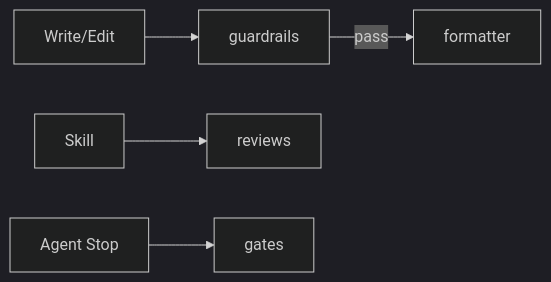
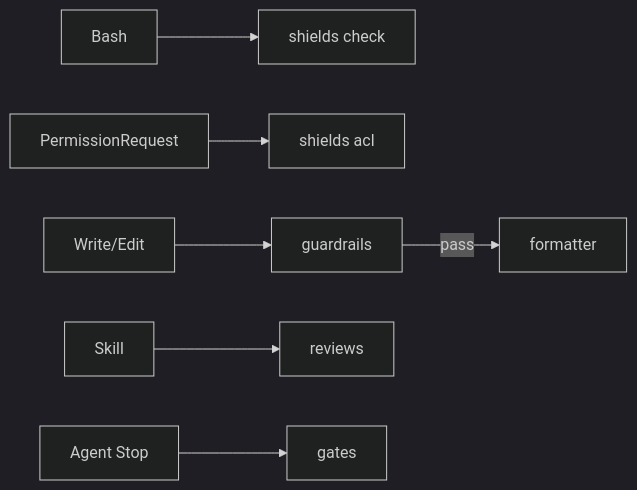
One commit to thkt/dotclaude changed the second of 3 diagrams in .ja/docs/HOOKS.md. Above: the diagram before and after it, drawn with Mermaid (dark theme). The commit also changed other lines of this file and 7 other files, not shown here.

First line of the commit message:
refactor(hooks/security): migrate bash-safety, permission-request, secrets-check to shields binary

````diff
--- a/.ja/docs/HOOKS.md
+++ b/.ja/docs/HOOKS.md
@@ -86,7 +99,9 @@
 ```mermaid
 flowchart LR
+    B[Bash] --> S[shields check]
+    PERM[PermissionRequest] --> SA[shields acl]
     W[Write/Edit] --> G[guardrails]
     G -->|pass| F[formatter]
     SK[Skill] --> R[reviews]
     STOP[Agent Stop] --> GA[gates]
 ```
````
